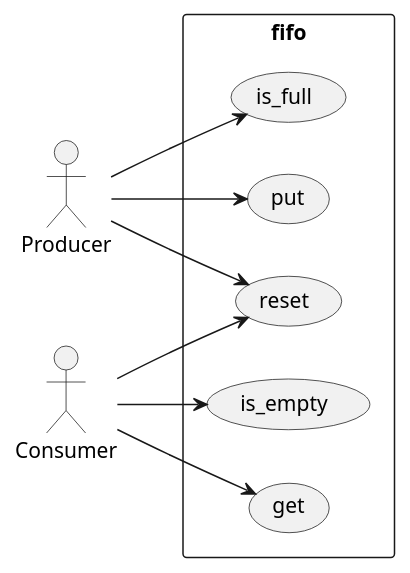
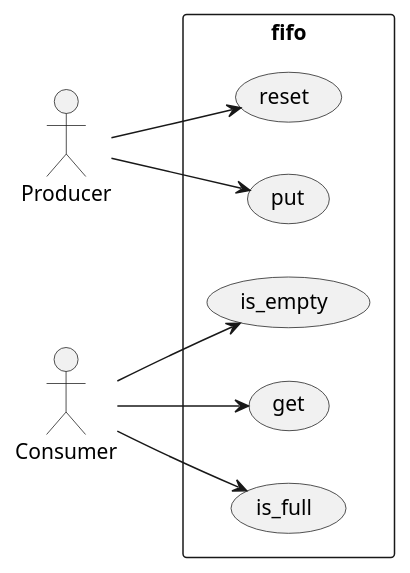
Before and after one commit to Steinarr134/EmbeddedAssignments: the diagram in Assignment3_2TestDrivenDevelopment/docs/diagrams/src/use_case.plantuml, drawn with PlantUML. The commit also changed other lines of this file, not shown here.

```diff
--- a/Assignment3_2TestDrivenDevelopment/docs/diagrams/src/use_case.plantuml
+++ b/Assignment3_2TestDrivenDevelopment/docs/diagrams/src/use_case.plantuml
@@ -1,22 +1,17 @@
 @startuml "Use case of FIFO Queue"
 left to right direction
 actor "Producer" as producer
 actor "Consumer" as consumer
-
 rectangle fifo {
-  usecase "put" as put
-  usecase "get" as get
-  usecase "reset" as reset
-  usecase "is_empty" as is_empty
-  usecase "is_full" as is_full
-
+usecase "put" as put
+usecase "get" as get
+usecase "reset" as reset
+usecase "is_empty" as is_empty
+usecase "is_full" as is_full
 }
-
 producer --> put
 consumer --> get
 producer --> reset
-producer --> is_full
+consumer --> is_full
 consumer --> is_empty
-consumer --> reset
-
 @enduml
```
